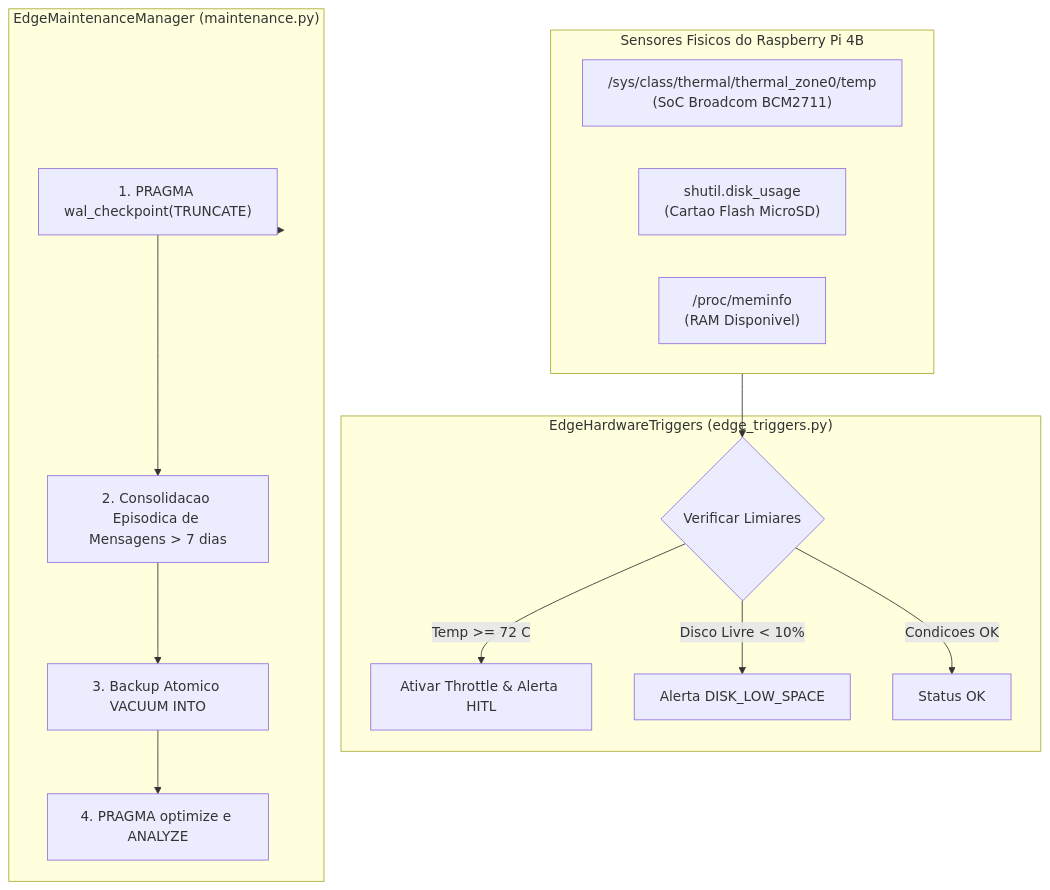
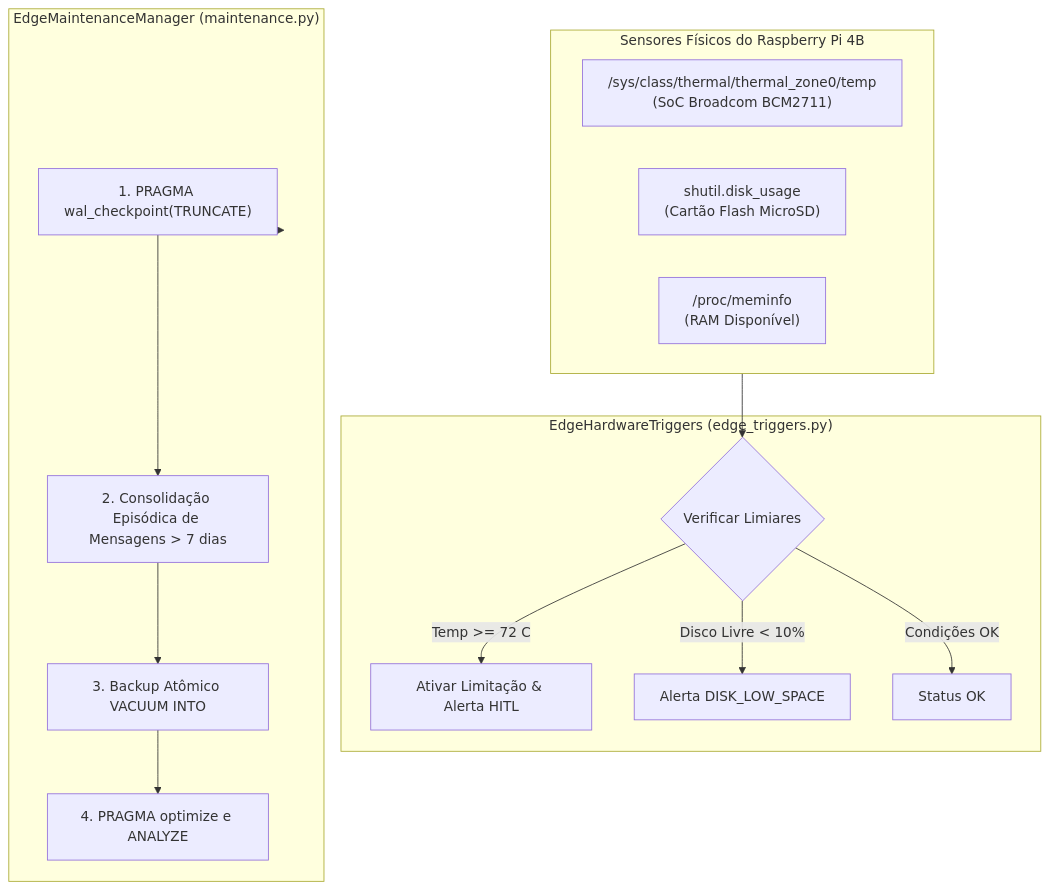
Before and after one commit to lyonpamplona/piDots: diagram 11 of 13 in ARCHITECTURE.md, drawn with Mermaid. The commit also changed other lines of this file and 1 other file, not shown here.

````diff
--- a/ARCHITECTURE.md
+++ b/ARCHITECTURE.md
@@ -786,25 +787,25 @@
 ```mermaid
 flowchart TD
-    subgraph HardwareSensors["Sensores Fisicos do Raspberry Pi 4B"]
+    subgraph HardwareSensors["Sensores Físicos do Raspberry Pi 4B"]
         Thermal["/sys/class/thermal/thermal_zone0/temp\n(SoC Broadcom BCM2711)"]
-        Disk["shutil.disk_usage\n(Cartao Flash MicroSD)"]
-        RAM["/proc/meminfo\n(RAM Disponivel)"]
+        Disk["shutil.disk_usage\n(Cartão Flash MicroSD)"]
+        RAM["/proc/meminfo\n(RAM Disponível)"]
     end
 
     subgraph Triggers["EdgeHardwareTriggers (edge_triggers.py)"]
         Check{"Verificar Limiares"}
-        Check -- "Temp >= 72 C" --> Throttling["Ativar Throttle & Alerta HITL"]
+        Check -- "Temp >= 72 C" --> Throttling["Ativar Limitação & Alerta HITL"]
         Check -- "Disco Livre < 10%" --> LowDisk["Alerta DISK_LOW_SPACE"]
-        Check -- "Condicoes OK" --> Normal["Status OK"]
+        Check -- "Condições OK" --> Normal["Status OK"]
     end
 
     subgraph NightlyMaintenance["EdgeMaintenanceManager (maintenance.py)"]
         Step1["1. PRAGMA wal_checkpoint(TRUNCATE)"]
-        Step2["2. Consolidacao Episodica de Mensagens > 7 dias"]
-        Step3["3. Backup Atomico VACUUM INTO"]
+        Step2["2. Consolidação Episódica de Mensagens > 7 dias"]
+        Step3["3. Backup Atômico VACUUM INTO"]
         Step4["4. PRAGMA optimize e ANALYZE"]
     end
 
     HardwareSensors --> Check
     NightlyMaintenance --> Step1 --> Step2 --> Step3 --> Step4
 ```
````
